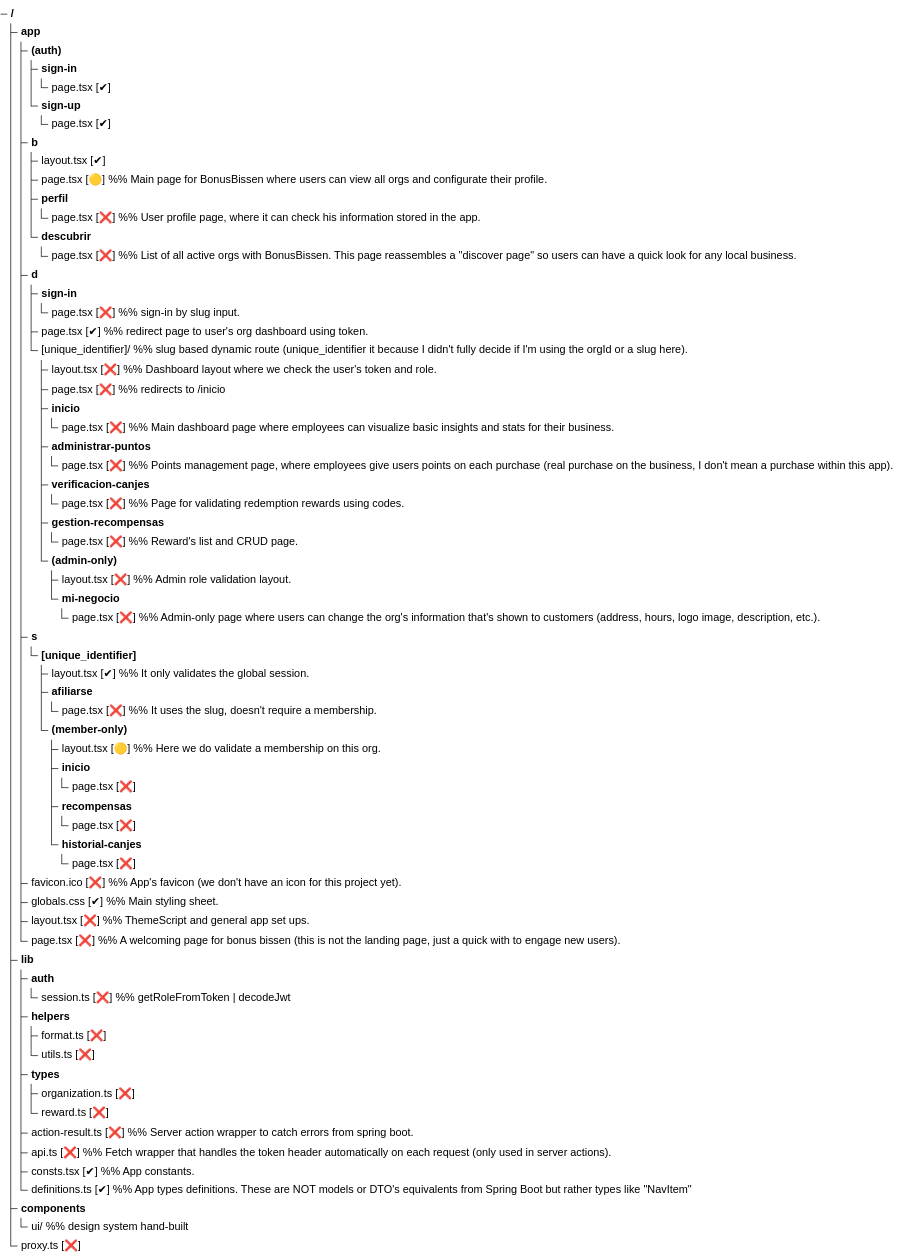
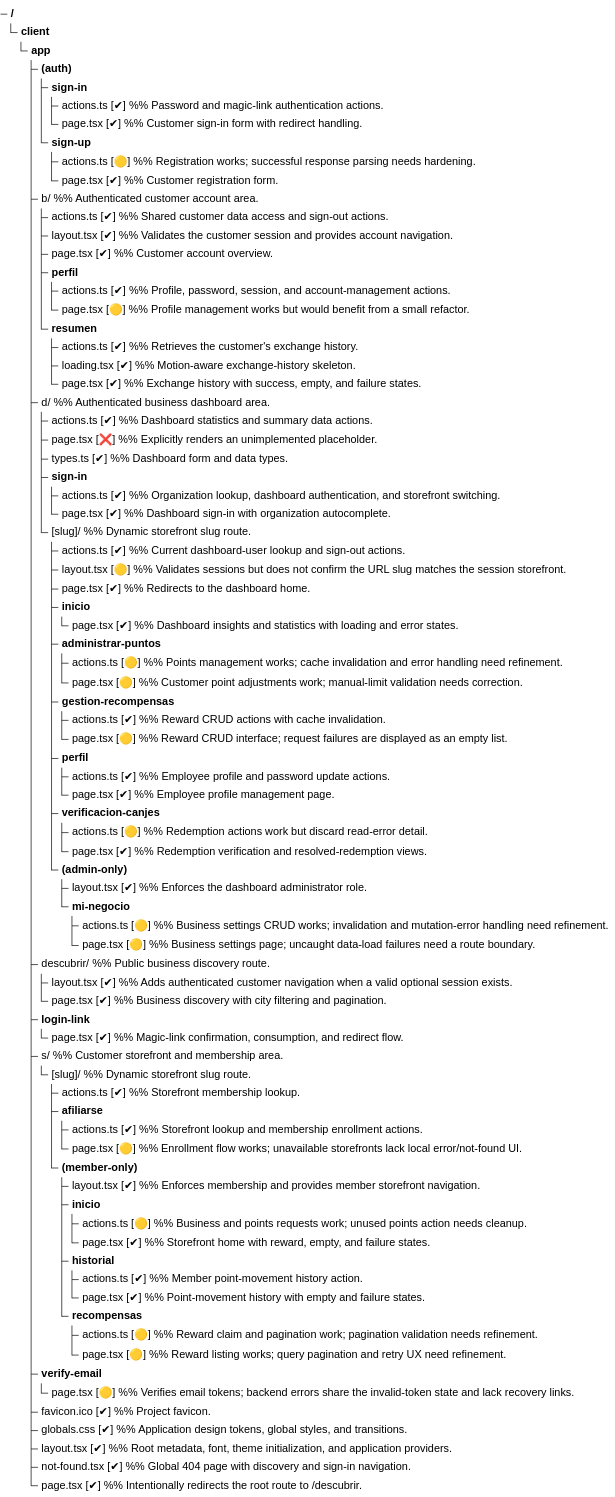
One commit to gnosticDeveloper/bonusbissen changed the diagram in docs/front-folder-structure.mmd. Above: the diagram before and after it, drawn with Mermaid.

Commit message:
Document Current Client App Structure

```diff
--- a/docs/front-folder-structure.mmd
+++ b/docs/front-folder-structure.mmd
@@ -1,66 +1,80 @@
 treeView-beta
-    app/
-        (auth)/
-            sign-in/
-                page.tsx [✔]
-            sign-up/
-                page.tsx [✔]
-        b/
-            layout.tsx [✔]
-            page.tsx [🟡] %% Main page for BonusBissen where users can view all orgs and configurate their profile.
-            perfil/
-                page.tsx [❌] %% User profile page, where it can check his information stored in the app.
-            descubrir/
-                page.tsx [❌] %% List of all active orgs with BonusBissen. This page reassembles a "discover page" so users can have a quick look for any local business.
-        d/
-            sign-in/
-                page.tsx [❌] %% sign-in by slug input.
-            page.tsx [✔] %% redirect page to user's org dashboard using token.
-            [unique_identifier]/ %% slug based dynamic route (unique_identifier it because I didn't fully decide if I'm using the orgId or a slug here).
-                layout.tsx [❌] %% Dashboard layout where we check the user's token and role.
-                page.tsx [❌] %% redirects to /inicio
-                inicio/
-                    page.tsx [❌] %% Main dashboard page where employees can visualize basic insights and stats for their business.
-                administrar-puntos/
-                    page.tsx [❌] %% Points management page, where employees give users points on each purchase (real purchase on the business, I don't mean a purchase within this app).
-                verificacion-canjes/
-                    page.tsx [❌] %% Page for validating redemption rewards using codes.
-                gestion-recompensas/
-                    page.tsx [❌] %% Reward's list and CRUD page.
-                (admin-only)/
-                    layout.tsx [❌] %% Admin role validation layout.
-                    mi-negocio/
-                        page.tsx [❌] %% Admin-only page where users can change the org's information that's shown to customers (address, hours, logo image, description, etc.).
-        s/
-            [unique_identifier]/
-                layout.tsx [✔] %% It only validates the global session.
-                afiliarse/
-                    page.tsx [❌] %% It uses the slug, doesn't require a membership.
-                (member-only)/
-                    layout.tsx [🟡] %% Here we do validate a membership on this org.
+    client/
+        app/
+            (auth)/
+                sign-in/
+                    actions.ts [✔] %% Password and magic-link authentication actions.
+                    page.tsx [✔] %% Customer sign-in form with redirect handling.
+                sign-up/
+                    actions.ts [🟡] %% Registration works; successful response parsing needs hardening.
+                    page.tsx [✔] %% Customer registration form.
+            b/ %% Authenticated customer account area.
+                actions.ts [✔] %% Shared customer data access and sign-out actions.
+                layout.tsx [✔] %% Validates the customer session and provides account navigation.
+                page.tsx [✔] %% Customer account overview.
+                perfil/
+                    actions.ts [✔] %% Profile, password, session, and account-management actions.
+                    page.tsx [🟡] %% Profile management works but would benefit from a small refactor.
+                resumen/
+                    actions.ts [✔] %% Retrieves the customer's exchange history.
+                    loading.tsx [✔] %% Motion-aware exchange-history skeleton.
+                    page.tsx [✔] %% Exchange history with success, empty, and failure states.
+            d/ %% Authenticated business dashboard area.
+                actions.ts [✔] %% Dashboard statistics and summary data actions.
+                page.tsx [❌] %% Explicitly renders an unimplemented placeholder.
+                types.ts [✔] %% Dashboard form and data types.
+                sign-in/
+                    actions.ts [✔] %% Organization lookup, dashboard authentication, and storefront switching.
+                    page.tsx [✔] %% Dashboard sign-in with organization autocomplete.
+                [slug]/ %% Dynamic storefront slug route.
+                    actions.ts [✔] %% Current dashboard-user lookup and sign-out actions.
+                    layout.tsx [🟡] %% Validates sessions but does not confirm the URL slug matches the session storefront.
+                    page.tsx [✔] %% Redirects to the dashboard home.
                     inicio/
-                        page.tsx [❌]
-                    recompensas/
-                        page.tsx [❌]
-                    historial-canjes/
-                        page.tsx [❌]
-        favicon.ico [❌] %% App's favicon (we don't have an icon for this project yet).
-        globals.css [✔] %% Main styling sheet.
-        layout.tsx [❌] %% ThemeScript and general app set ups.
-        page.tsx [❌] %% A welcoming page for bonus bissen (this is not the landing page, just a quick with to engage new users).
-    lib/
-        auth/
-            session.ts [❌] %% getRoleFromToken | decodeJwt
-        helpers/
-            format.ts [❌]
-            utils.ts [❌]
-        types/
-            organization.ts [❌]
-            reward.ts [❌]
-        action-result.ts [❌] %% Server action wrapper to catch errors from spring boot.
-        api.ts [❌] %% Fetch wrapper that handles the token header automatically on each request (only used in server actions).
-        consts.tsx [✔] %% App constants.
-        definitions.ts [✔] %% App types definitions. These are NOT models or DTO's equivalents from Spring Boot but rather types like "NavItem"
-    components/
-        ui/ %% design system hand-built
-    proxy.ts [❌]
+                        page.tsx [✔] %% Dashboard insights and statistics with loading and error states.
+                    administrar-puntos/
+                        actions.ts [🟡] %% Points management works; cache invalidation and error handling need refinement.
+                        page.tsx [🟡] %% Customer point adjustments work; manual-limit validation needs correction.
+                    gestion-recompensas/
+                        actions.ts [✔] %% Reward CRUD actions with cache invalidation.
+                        page.tsx [🟡] %% Reward CRUD interface; request failures are displayed as an empty list.
+                    perfil/
+                        actions.ts [✔] %% Employee profile and password update actions.
+                        page.tsx [✔] %% Employee profile management page.
+                    verificacion-canjes/
+                        actions.ts [🟡] %% Redemption actions work but discard read-error detail.
+                        page.tsx [✔] %% Redemption verification and resolved-redemption views.
+                    (admin-only)/
+                        layout.tsx [✔] %% Enforces the dashboard administrator role.
+                        mi-negocio/
+                            actions.ts [🟡] %% Business settings CRUD works; invalidation and mutation-error handling need refinement.
+                            page.tsx [🟡] %% Business settings page; uncaught data-load failures need a route boundary.
+            descubrir/ %% Public business discovery route.
+                layout.tsx [✔] %% Adds authenticated customer navigation when a valid optional session exists.
+                page.tsx [✔] %% Business discovery with city filtering and pagination.
+            login-link/
+                page.tsx [✔] %% Magic-link confirmation, consumption, and redirect flow.
+            s/ %% Customer storefront and membership area.
+                [slug]/ %% Dynamic storefront slug route.
+                    actions.ts [✔] %% Storefront membership lookup.
+                    afiliarse/
+                        actions.ts [✔] %% Storefront lookup and membership enrollment actions.
+                        page.tsx [🟡] %% Enrollment flow works; unavailable storefronts lack local error/not-found UI.
+                    (member-only)/
+                        layout.tsx [✔] %% Enforces membership and provides member storefront navigation.
+                        inicio/
+                            actions.ts [🟡] %% Business and points requests work; unused points action needs cleanup.
+                            page.tsx [✔] %% Storefront home with reward, empty, and failure states.
+                        historial/
+                            actions.ts [✔] %% Member point-movement history action.
+                            page.tsx [✔] %% Point-movement history with empty and failure states.
+                        recompensas/
+                            actions.ts [🟡] %% Reward claim and pagination work; pagination validation needs refinement.
+                            page.tsx [🟡] %% Reward listing works; query pagination and retry UX need refinement.
+            verify-email/
+                page.tsx [🟡] %% Verifies email tokens; backend errors share the invalid-token state and lack recovery links.
+            favicon.ico [✔] %% Project favicon.
+            globals.css [✔] %% Application design tokens, global styles, and transitions.
+            layout.tsx [✔] %% Root metadata, font, theme initialization, and application providers.
+            not-found.tsx [✔] %% Global 404 page with discovery and sign-in navigation.
+            page.tsx [✔] %% Intentionally redirects the root route to /descubrir.
```
